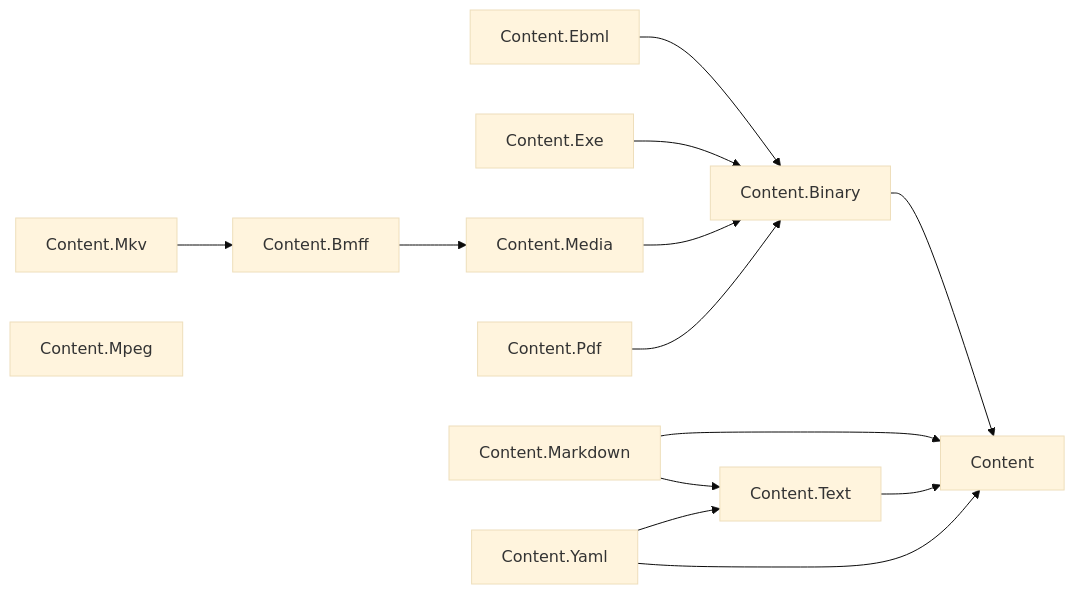
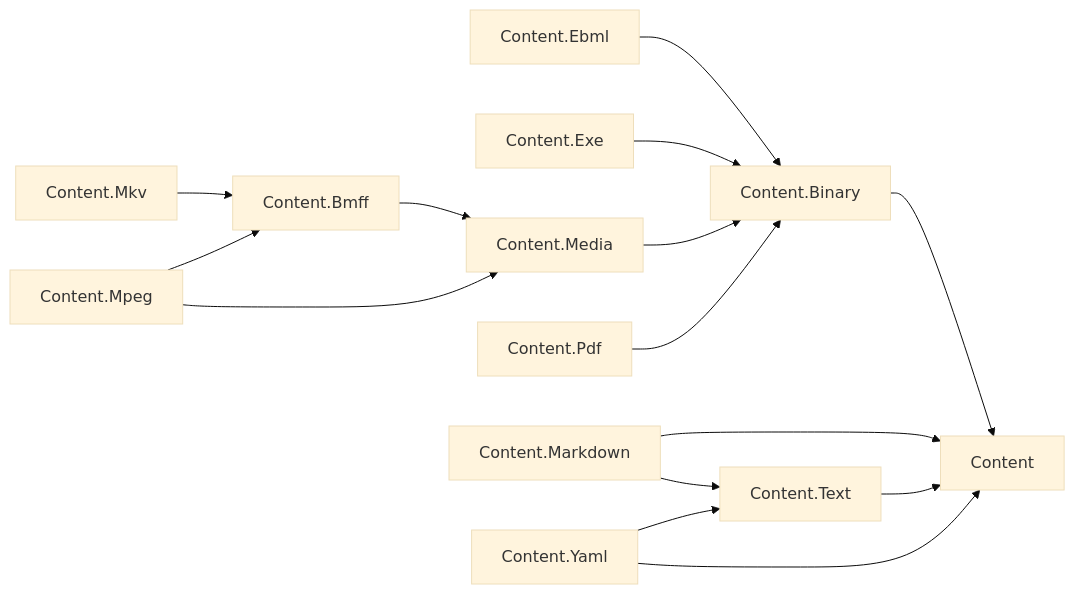
The sixth of 29 diagrams in docs/DEPENDENCIES.md (assimalign/cohesion), drawn with Mermaid (base theme) before and after one commit. The commit also changed other lines of this file and 40 other files, not shown here.

````diff
--- a/docs/DEPENDENCIES.md
+++ b/docs/DEPENDENCIES.md
@@ -293,27 +293,29 @@
 ```mermaid
 flowchart LR
     N0["Content"]
     N1["Content.Binary"]
     N2["Content.Bmff"]
     N3["Content.Ebml"]
     N4["Content.Exe"]
     N5["Content.Markdown"]
     N6["Content.Media"]
     N7["Content.Mkv"]
     N8["Content.Mpeg"]
     N9["Content.Pdf"]
     N10["Content.Text"]
     N11["Content.Yaml"]
     N1 --> N0
     N2 --> N6
     N3 --> N1
     N4 --> N1
     N5 --> N0
     N5 --> N10
     N6 --> N1
     N7 --> N2
+    N8 --> N2
+    N8 --> N6
     N9 --> N1
     N10 --> N0
     N11 --> N0
     N11 --> N10
 ```
````
